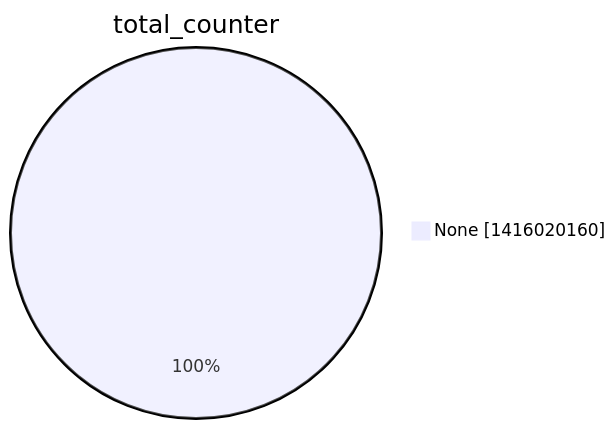
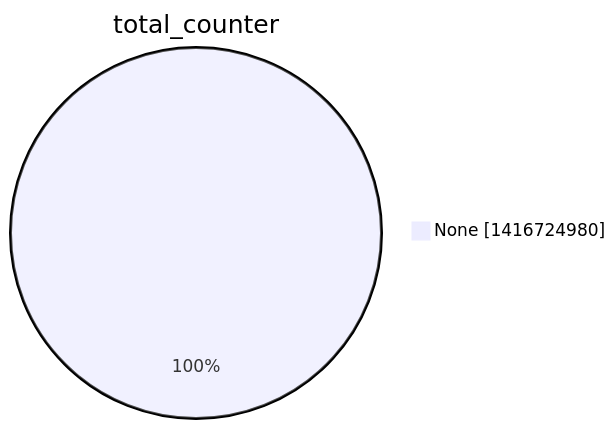
The second of 15 diagrams in argon2022/README.md (christiankrug/ctmonitor_visualization), drawn with Mermaid before and after one commit. The commit also changed other lines of this file, not shown here.

````diff
--- a/argon2022/README.md
+++ b/argon2022/README.md
@@ -9,5 +9,5 @@
 ```mermaid
 pie showData
 title total_counter
-"None" :1416020160
+"None" :1416724980
 ```
````
